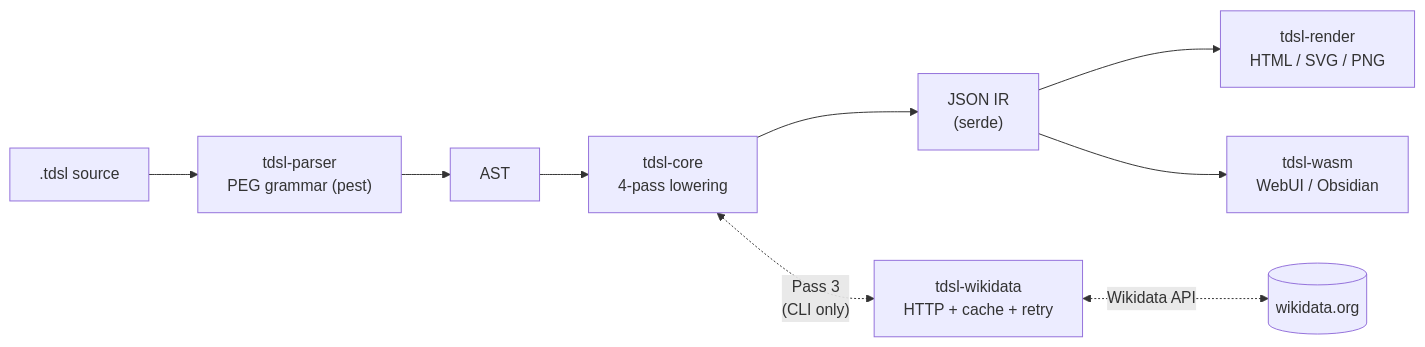
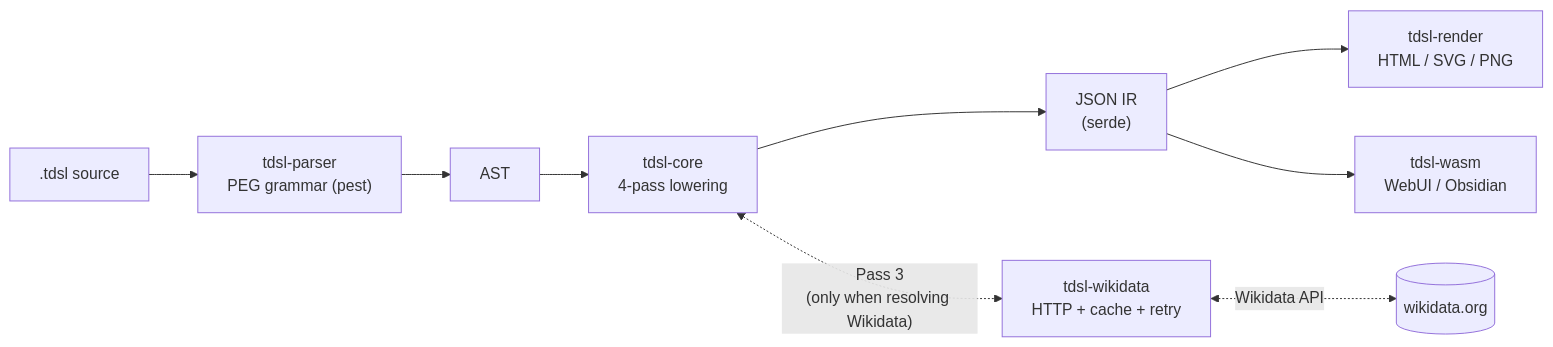
Before and after one commit to keroway/timeline-dsl: the first of 2 diagrams in README.md, drawn with Mermaid. The commit also changed other lines of this file and 3 other files, not shown here.

First line of the commit message:
docs(architecture): 実装と矛盾していた offline / origin / Pass 3 注釈を修正

````diff
--- a/README.md
+++ b/README.md
@@ -417,11 +417,11 @@
 ```mermaid
 flowchart LR
     src[".tdsl source"] --> parser["tdsl-parser<br/>PEG grammar (pest)"]
     parser --> ast["AST"]
     ast --> core["tdsl-core<br/>4-pass lowering"]
     core --> ir["JSON IR<br/>(serde)"]
     ir --> render["tdsl-render<br/>HTML / SVG / PNG"]
     ir --> wasm["tdsl-wasm<br/>WebUI / Obsidian"]
-    core <-. "Pass 3<br/>(CLI only)" .-> wikidata["tdsl-wikidata<br/>HTTP + cache + retry"]
+    core <-. "Pass 3<br/>(only when resolving Wikidata)" .-> wikidata["tdsl-wikidata<br/>HTTP + cache + retry"]
     wikidata <-. "Wikidata API" .-> wd[("wikidata.org")]
 ```
````
